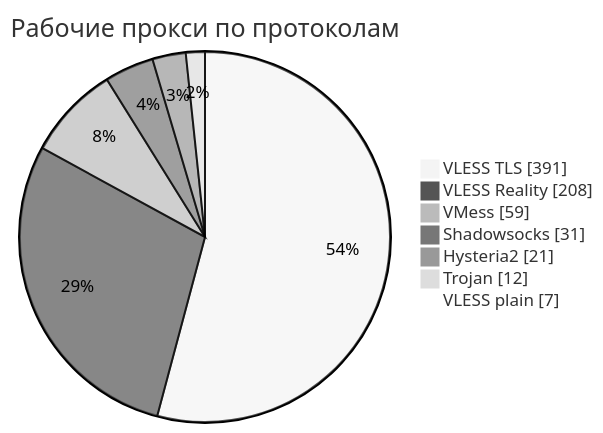
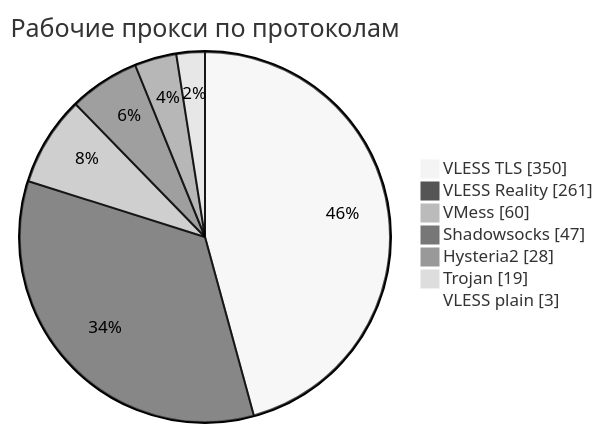
Before and after one commit to rvvg/proxy-subs: the third of 4 diagrams in README.md, drawn with Mermaid (neutral theme). The commit also changed other lines of this file and 45 other files, not shown here.

````diff
--- a/README.md
+++ b/README.md
@@ -130,11 +133,11 @@
 ```mermaid
 pie showData
     title Рабочие прокси по протоколам
-    "VLESS TLS" : 391
-    "VLESS Reality" : 208
-    "VMess" : 59
-    "Shadowsocks" : 31
-    "Hysteria2" : 21
-    "Trojan" : 12
-    "VLESS plain" : 7
+    "VLESS TLS" : 350
+    "VLESS Reality" : 261
+    "VMess" : 60
+    "Shadowsocks" : 47
+    "Hysteria2" : 28
+    "Trojan" : 19
+    "VLESS plain" : 3
 ```
````
